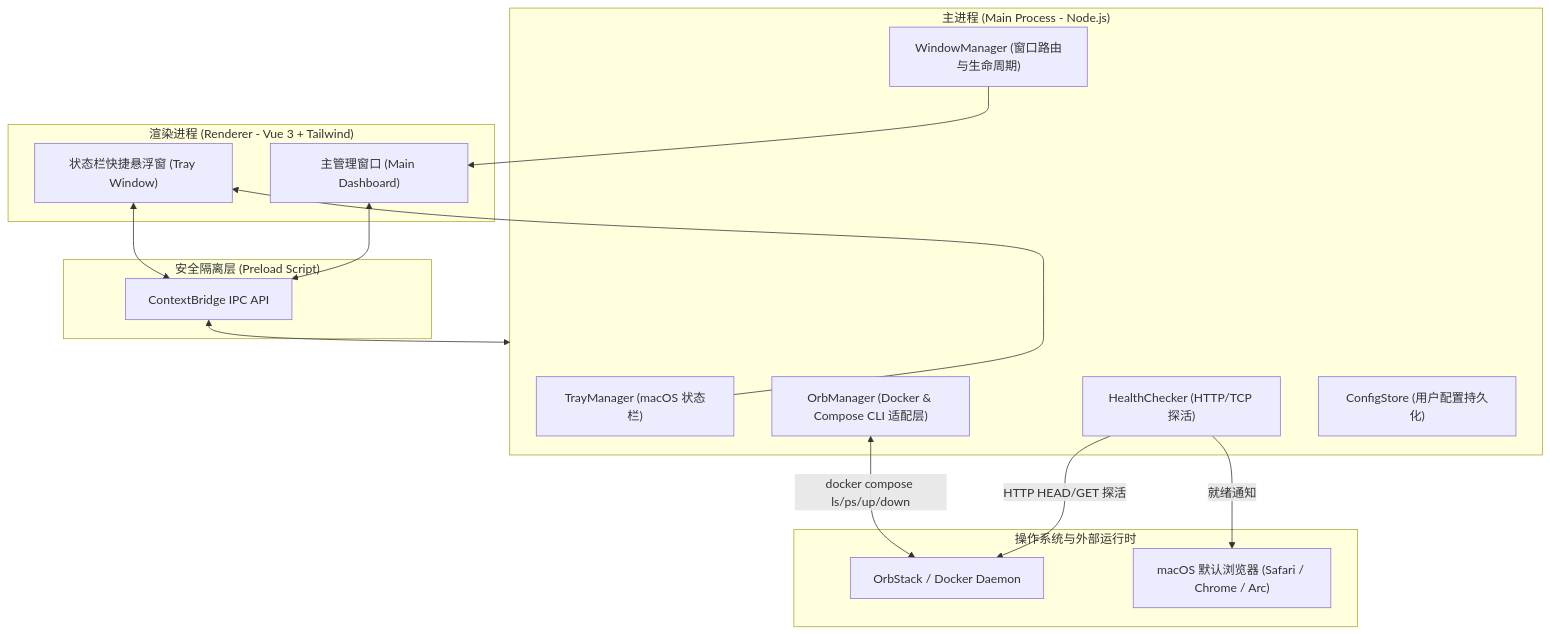
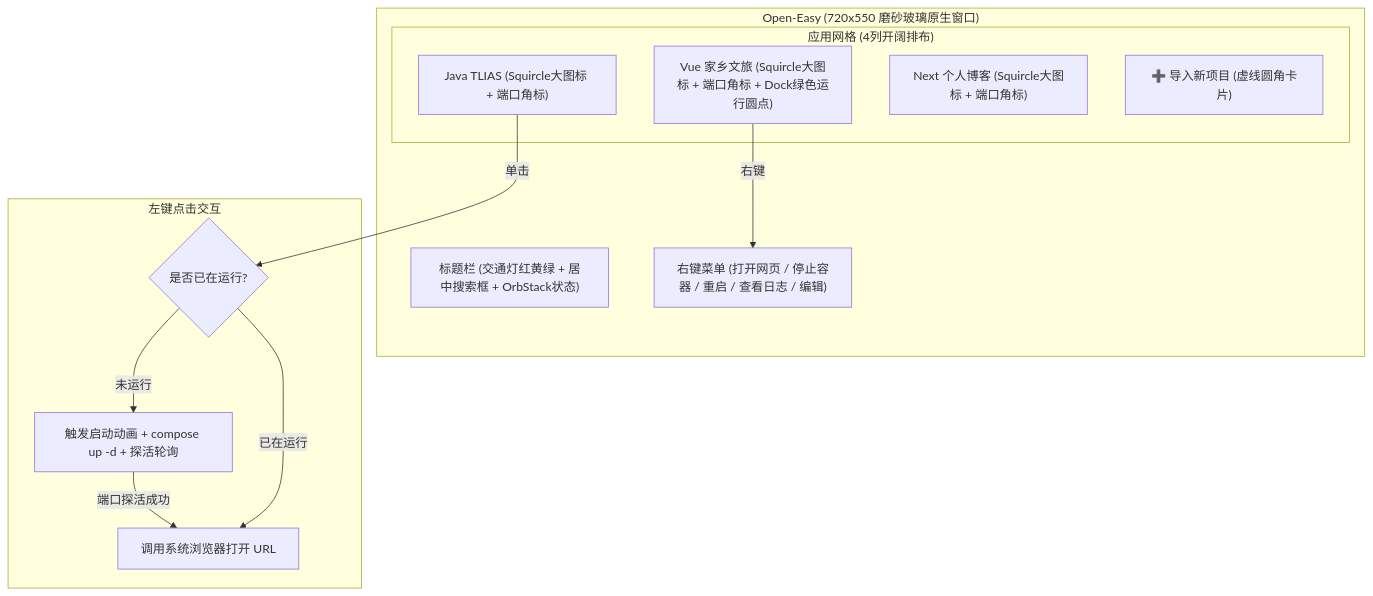
The diagram in docs/superpowers/specs/2026-10-13-orbstack-project-launcher-design.md (lyt04919/open-easy), drawn with Mermaid before and after one commit. The commit also changed other lines of this file and 2 other files, not shown here.

Commit message:
docs: update design spec, plan and prototype to macOS Launchpad icon style

````diff
--- a/docs/superpowers/specs/2026-10-13-orbstack-project-launcher-design.md
+++ b/docs/superpowers/specs/2026-10-13-orbstack-project-launcher-design.md
@@ -28,32 +25,24 @@
 ```mermaid
 flowchart TD
-    subgraph UI ["渲染进程 (Renderer - Vue 3 + Tailwind)"]
-        TrayView["状态栏快捷悬浮窗 (Tray Window)"]
-        Dashboard["主管理窗口 (Main Dashboard)"]
+    subgraph UI ["Open-Easy (720x550 磨砂玻璃原生窗口)"]
+        Titlebar["标题栏 (交通灯红黄绿 + 居中搜索框 + OrbStack状态)"]
+        subgraph AppGrid ["应用网格 (4列开阔排布)"]
+            App1["Vue 家乡文旅 (Squircle大图标 + 端口角标 + Dock绿色运行圆点)"]
+            App2["Java TLIAS (Squircle大图标 + 端口角标)"]
+            App3["Next 个人博客 (Squircle大图标 + 端口角标)"]
+            AppPlus["➕ 导入新项目 (虚线圆角卡片)"]
+        end
+        ContextMenu["右键菜单 (打开网页 / 停止容器 / 重启 / 查看日志 / 编辑)"]
     end
 
-    subgraph Preload ["安全隔离层 (Preload Script)"]
-        Bridge["ContextBridge IPC API"]
+    subgraph ClickFlow ["左键点击交互"]
+        StateCheck{是否已在运行?}
+        Launch["触发启动动画 + compose up -d + 探活轮询"]
+        OpenWeb["调用系统浏览器打开 URL"]
     end
 
-    subgraph Main ["主进程 (Main Process - Node.js)"]
-        TrayService["TrayManager (macOS 状态栏)"]
-        WindowService["WindowManager (窗口路由与生命周期)"]
-        OrbMgr["OrbManager (Docker & Compose CLI 适配层)"]
-        Health["HealthChecker (HTTP/TCP 探活)"]
-        Store["ConfigStore (用户配置持久化)"]
-    end
-
-    subgraph OS ["操作系统与外部运行时"]
-        OrbDaemon["OrbStack / Docker Daemon"]
-        MacBrowser["macOS 默认浏览器 (Safari / Chrome / Arc)"]
-    end
-
-    TrayView & Dashboard <--> Bridge
-    Bridge <--> Main
-    TrayService --> TrayView
-    WindowService --> Dashboard
-    OrbMgr <-->|docker compose ls/ps/up/down| OrbDaemon
-    Health -->|HTTP HEAD/GET 探活| OrbDaemon
-    Health -->|就绪通知| MacBrowser
+    App2 -->|单击| StateCheck
+    StateCheck -->|未运行| Launch -->|端口探活成功| OpenWeb
+    StateCheck -->|已在运行| OpenWeb
+    App1 -->|右键| ContextMenu
 ```
````
